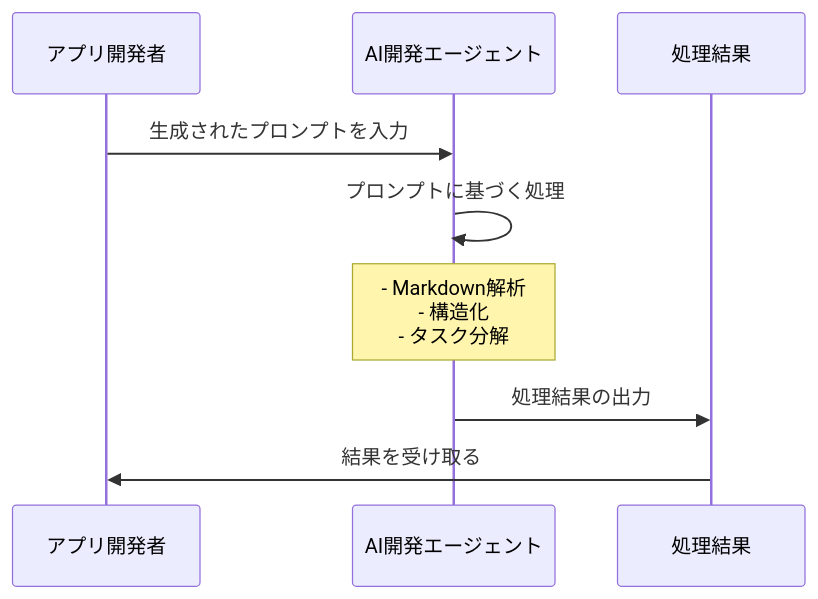
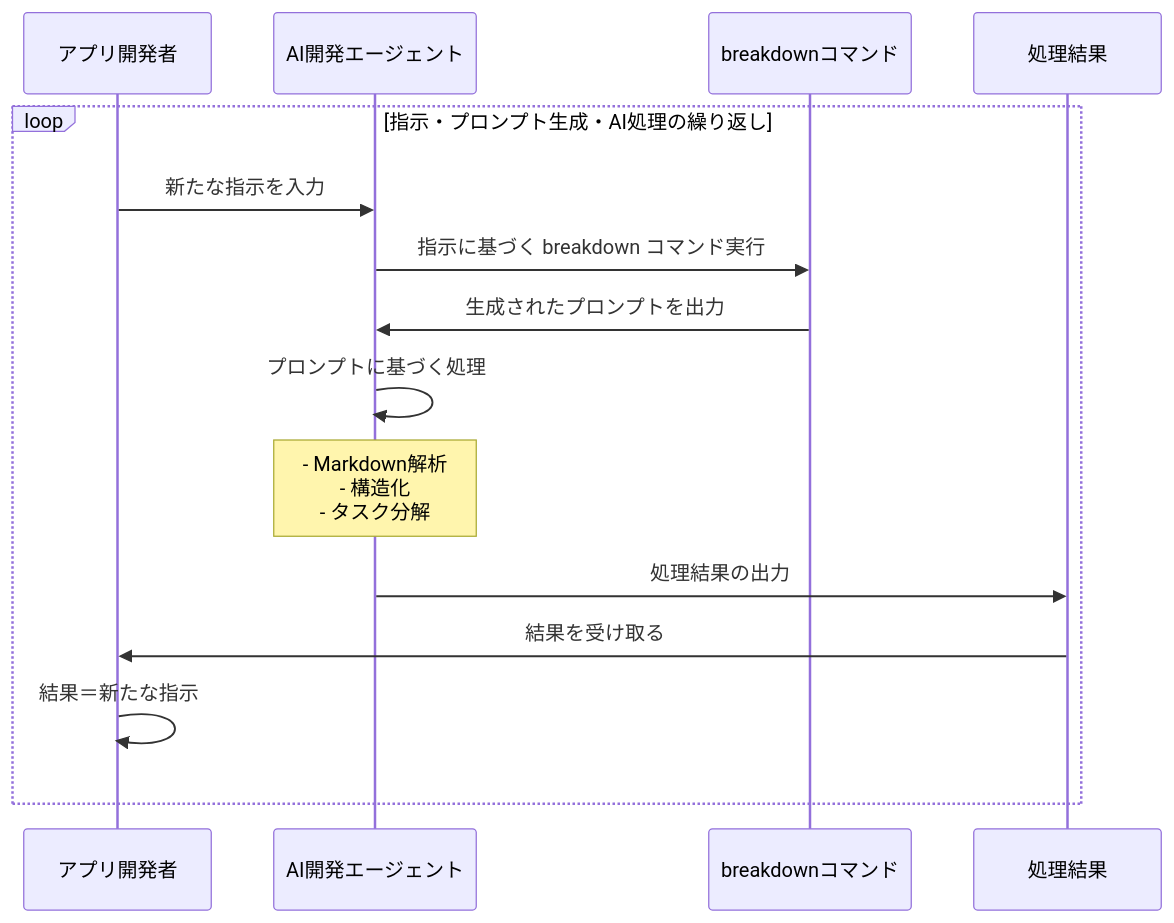
The second of 2 diagrams in docs/index.ja.md (tettuan/breakdown), drawn with Mermaid before and after one commit. The commit also changed other lines of this file and 2 other files, not shown here.

````diff
--- a/docs/index.ja.md
+++ b/docs/index.ja.md
@@ -48,12 +58,18 @@
 ```mermaid
 sequenceDiagram
   participant Developer as アプリ開発者
   participant AI as AI開発エージェント
+  participant Breakdown as breakdownコマンド
   participant Result as 処理結果
 
-  Developer->>AI: 生成されたプロンプトを入力
-  AI->>AI: プロンプトに基づく処理
-  Note over AI: - Markdown解析<br>- 構造化<br>- タスク分解
-  AI->>Result: 処理結果の出力
-  Result->>Developer: 結果を受け取る
+  loop 指示・プロンプト生成・AI処理の繰り返し
+    Developer->>AI: 新たな指示を入力
+    AI->>Breakdown: 指示に基づく breakdown コマンド実行
+    Breakdown->>AI: 生成されたプロンプトを出力
+    AI->>AI: プロンプトに基づく処理
+    Note over AI: - Markdown解析<br>- 構造化<br>- タスク分解
+    AI->>Result: 処理結果の出力
+    Result->>Developer: 結果を受け取る
+    Developer->>Developer: 結果＝新たな指示
+  end
 ```
````
